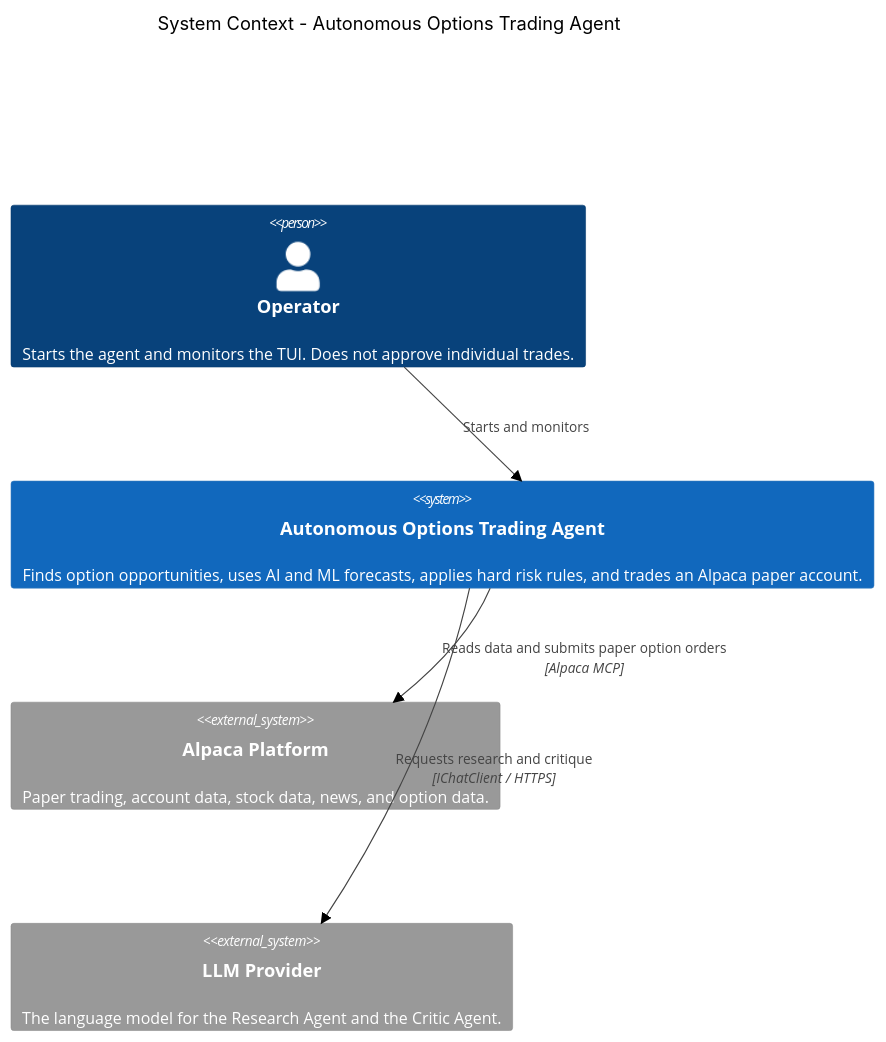
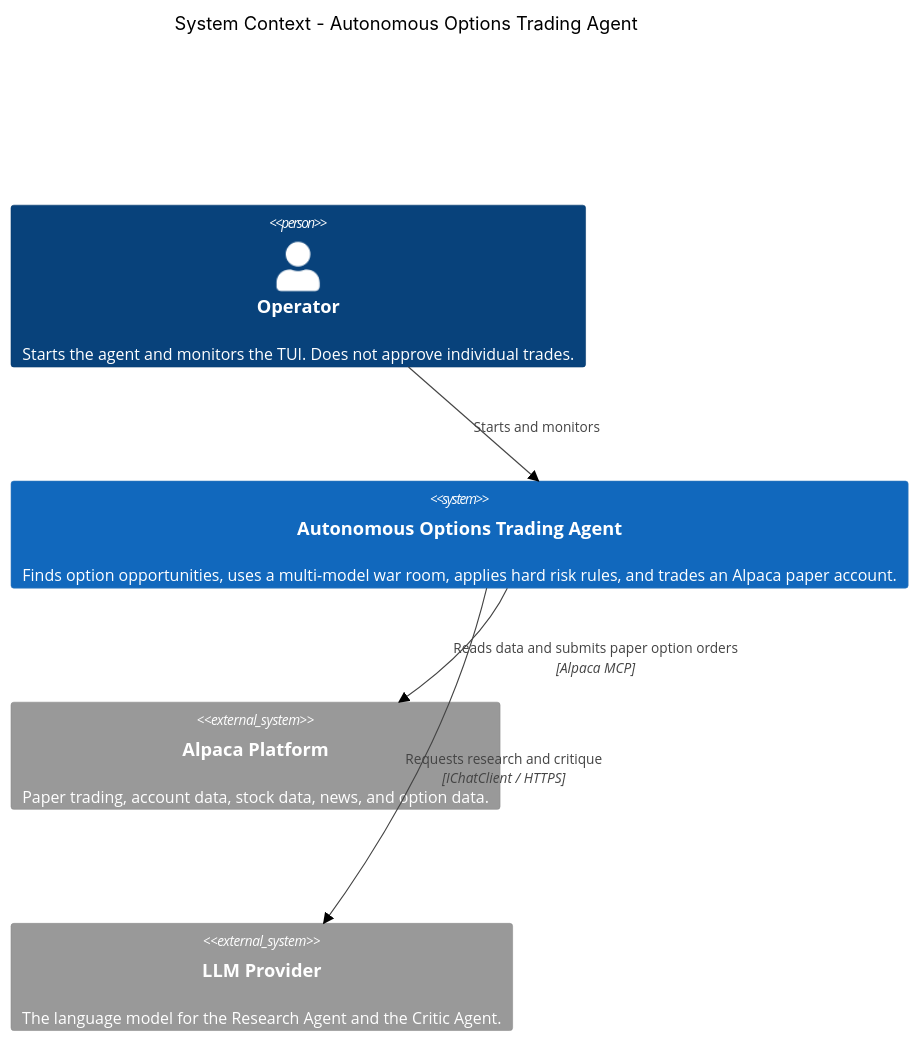
Before and after one commit to xakpc/Alpaca.NoIdea: the diagram in .lode/architecture/system-context.md, drawn with Mermaid (neutral theme). The commit also changed other lines of this file and 99 other files, not shown here.

````diff
--- a/.lode/architecture/system-context.md
+++ b/.lode/architecture/system-context.md
@@ -5,15 +9,15 @@
 ```mermaid
 C4Context
     title System Context - Autonomous Options Trading Agent
 
     Person(operator, "Operator", "Starts the agent and monitors the TUI. Does not approve individual trades.")
 
-    System(agentSystem, "Autonomous Options Trading Agent", "Finds option opportunities, uses AI and ML forecasts, applies hard risk rules, and trades an Alpaca paper account.")
+    System(agentSystem, "Autonomous Options Trading Agent", "Finds option opportunities, uses a multi-model war room, applies hard risk rules, and trades an Alpaca paper account.")
 
     System_Ext(alpaca, "Alpaca Platform", "Paper trading, account data, stock data, news, and option data.")
     System_Ext(llmProvider, "LLM Provider", "The language model for the Research Agent and the Critic Agent.")
 
     Rel(operator, agentSystem, "Starts and monitors")
     Rel(agentSystem, alpaca, "Reads data and submits paper option orders", "Alpaca MCP")
     Rel(agentSystem, llmProvider, "Requests research and critique", "IChatClient / HTTPS")
 ```
````
